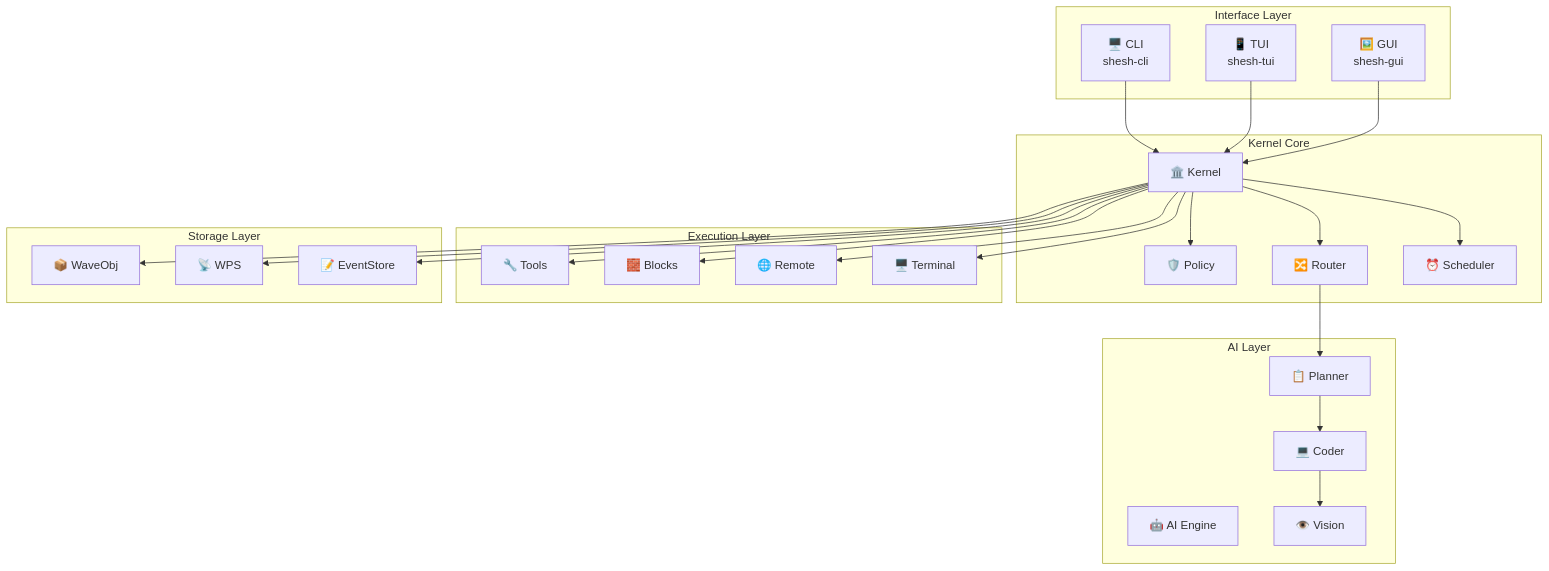
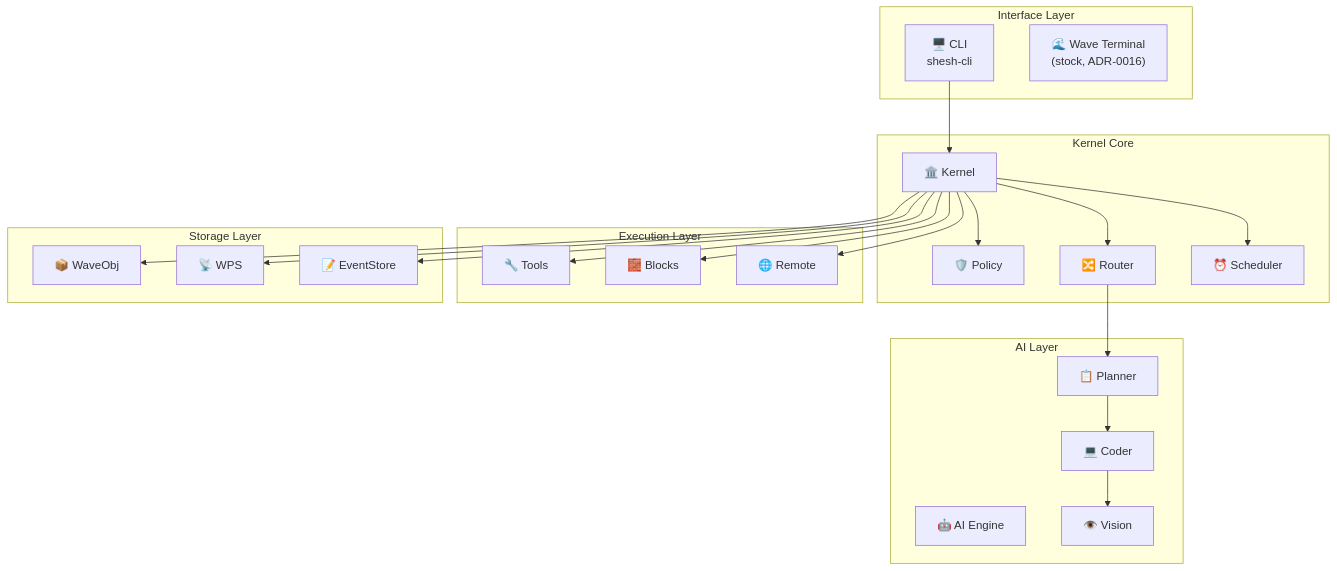
Before and after one commit to gaganjainse/SheshAOS: the first of 5 diagrams in HANDOVER.md, drawn with Mermaid. The commit also changed other lines of this file and 83 other files, not shown here.

````diff
--- a/HANDOVER.md
+++ b/HANDOVER.md
@@ -28,56 +28,51 @@
 ```mermaid
 graph TB
     subgraph "Interface Layer"
         CLI["🖥️ CLI<br/>shesh-cli"]
-        TUI["📱 TUI<br/>shesh-tui"]
-        GUI["🖼️ GUI<br/>shesh-gui"]
+        WAVE["🌊 Wave Terminal<br/>(stock, ADR-0016)"]
     end
 
     subgraph "Kernel Core"
         K["🏛️ Kernel"]
         P["🛡️ Policy"]
         R["🔀 Router"]
         S["⏰ Scheduler"]
     end
 
     subgraph "AI Layer"
         A["🤖 AI Engine"]
         PL["📋 Planner"]
         CO["💻 Coder"]
         VI["👁️ Vision"]
     end
 
     subgraph "Execution Layer"
         T["🔧 Tools"]
         B["🧱 Blocks"]
         RM["🌐 Remote"]
-        TE["🖥️ Terminal"]
     end
 
     subgraph "Storage Layer"
         WO["📦 WaveObj"]
         WP["📡 WPS"]
         ES["📝 EventStore"]
     end
 
     CLI --> K
-    TUI --> K
-    GUI --> K
 
     K --> P
     K --> R
     K --> S
 
     R --> PL
     PL --> CO
     CO --> VI
 
     K --> T
     K --> B
     K --> RM
-    K --> TE
 
     K --> WO
     K --> WP
     K --> ES
 ```
````
